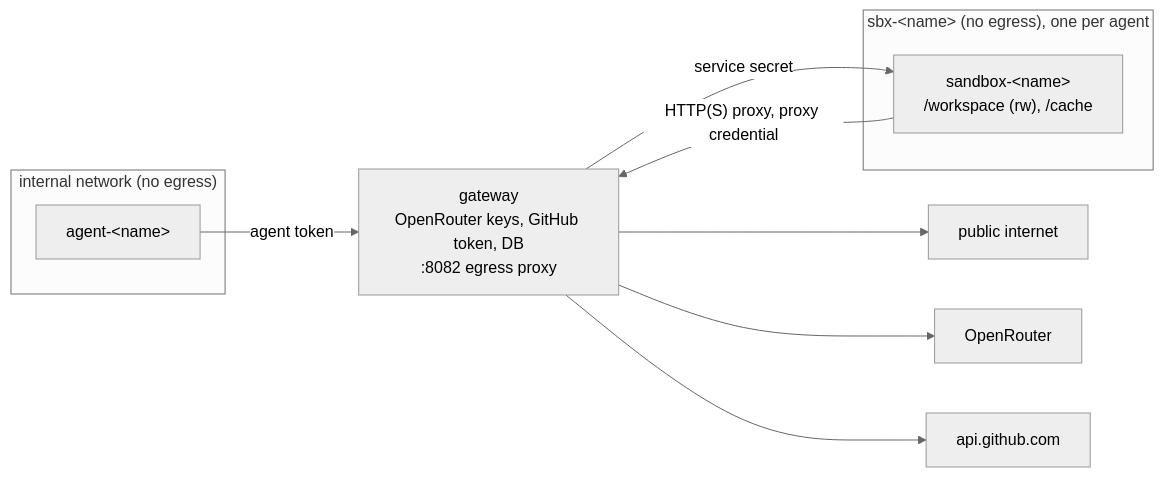
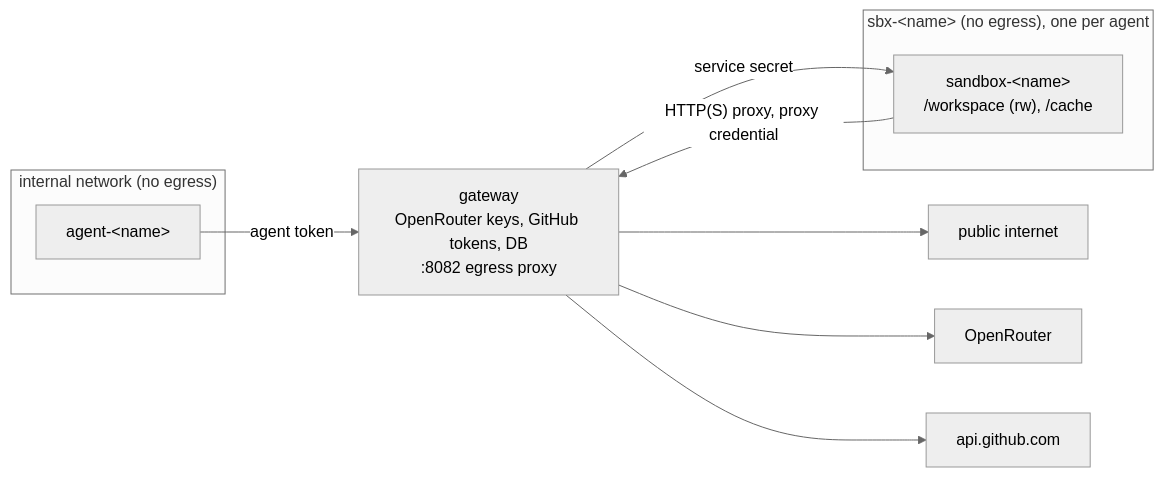
One commit to kjhughes097/sharpclaw changed the diagram in docs/sharpclaw-external-tools-spec.md. Above: the diagram before and after it, drawn with Mermaid (neutral theme). The commit also changed other lines of this file, not shown here.

````diff
--- a/docs/sharpclaw-external-tools-spec.md
+++ b/docs/sharpclaw-external-tools-spec.md
@@ -83,17 +83,17 @@
 ```mermaid
 flowchart LR
   subgraph internal["internal network (no egress)"]
     agent["agent-&lt;name&gt;"]
   end
   subgraph sbxnet["sbx-&lt;name&gt; (no egress), one per agent"]
     sandbox["sandbox-&lt;name&gt;<br/>/workspace (rw), /cache"]
   end
-  gateway["gateway<br/>OpenRouter keys, GitHub token, DB<br/>:8082 egress proxy"]
+  gateway["gateway<br/>OpenRouter keys, GitHub tokens, DB<br/>:8082 egress proxy"]
 
   agent -- "agent token" --> gateway
   gateway -- "service secret" --> sandbox
   sandbox -- "HTTP(S) proxy, proxy credential" --> gateway
   gateway --> internet["public internet"]
   gateway --> openrouter["OpenRouter"]
   gateway --> github["api.github.com"]
 ```
````
